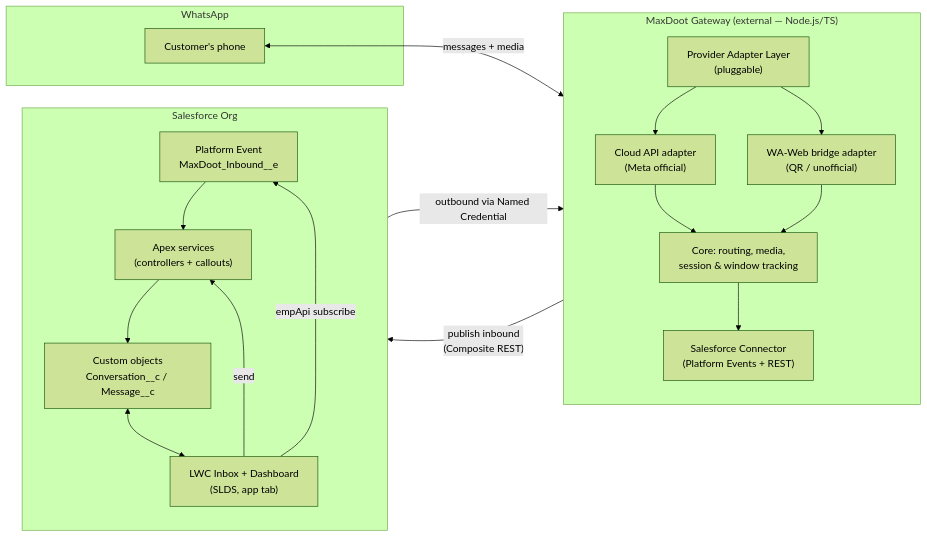
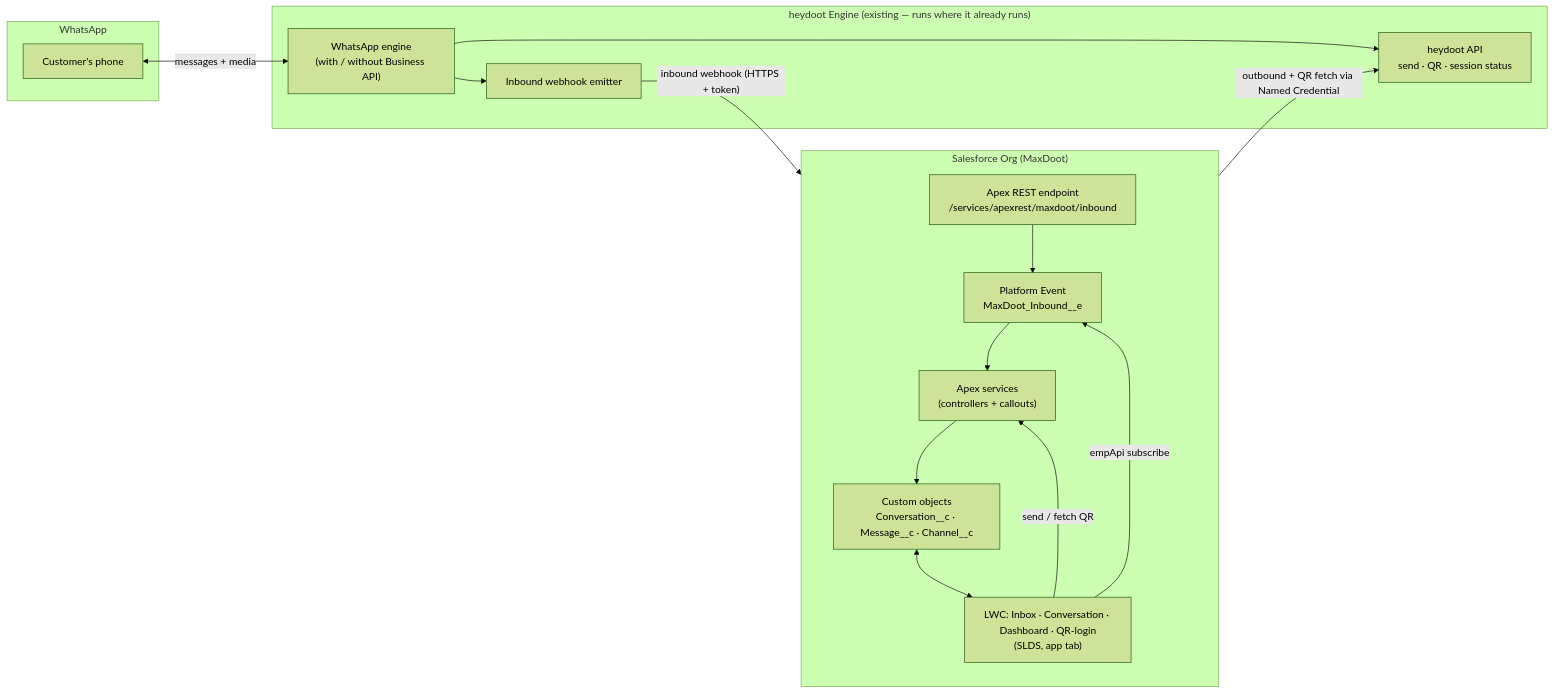
The first of 2 diagrams in docs/ARCHITECTURE.md (sanghivivek-vs/MaxDoot), drawn with Mermaid (forest theme) before and after one commit. The commit also changed other lines of this file, not shown here.

Commit message:
Rework architecture: heydoot as engine, single-org deploy, configurable channel routing

````diff
--- a/docs/ARCHITECTURE.md
+++ b/docs/ARCHITECTURE.md
@@ -34,36 +41,31 @@
 ```mermaid
 flowchart LR
     subgraph WA["WhatsApp"]
         CU["Customer's phone"]
     end
 
-    subgraph GW["MaxDoot Gateway  (external — Node.js/TS)"]
-        direction TB
-        ADAPT["Provider Adapter Layer\n(pluggable)"]
-        CLOUD["Cloud API adapter\n(Meta official)"]
-        WEB["WA-Web bridge adapter\n(QR / unofficial)"]
-        CORE["Core: routing, media,\nsession & window tracking"]
-        SFC["Salesforce Connector\n(Platform Events + REST)"]
-        ADAPT --> CLOUD
-        ADAPT --> WEB
-        CLOUD --> CORE
-        WEB --> CORE
-        CORE --> SFC
+    subgraph HD["heydoot Engine  (existing — runs where it already runs)"]
+        ENG["WhatsApp engine\n(with / without Business API)"]
+        API["heydoot API\nsend · QR · session status"]
+        HOOK["Inbound webhook emitter"]
+        ENG --> API
+        ENG --> HOOK
     end
 
-    subgraph SF["Salesforce Org"]
+    subgraph SF["Salesforce Org  (MaxDoot)"]
         direction TB
+        REST["Apex REST endpoint\n/services/apexrest/maxdoot/inbound"]
         PE["Platform Event\nMaxDoot_Inbound__e"]
         APEX["Apex services\n(controllers + callouts)"]
-        OBJ["Custom objects\nConversation__c / Message__c"]
-        LWC["LWC Inbox + Dashboard\n(SLDS, app tab)"]
-        PE --> APEX --> OBJ
+        OBJ["Custom objects\nConversation__c · Message__c · Channel__c"]
+        LWC["LWC: Inbox · Conversation · Dashboard · QR-login\n(SLDS, app tab)"]
+        REST --> PE --> APEX --> OBJ
         OBJ <--> LWC
         LWC -- "empApi subscribe" --> PE
-        LWC -- "send" --> APEX
+        LWC -- "send / fetch QR" --> APEX
     end
 
-    CU <-->|"messages + media"| ADAPT
-    SFC -->|"publish inbound\n(Composite REST)"| PE
-    APEX -->|"outbound via Named Credential"| CORE
+    CU <-->|"messages + media"| ENG
+    HOOK -->|"inbound webhook (HTTPS + token)"| REST
+    APEX -->|"outbound + QR fetch via Named Credential"| API
 ```
````
